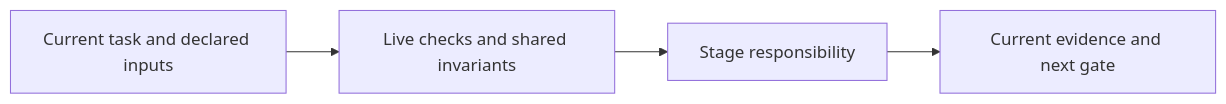
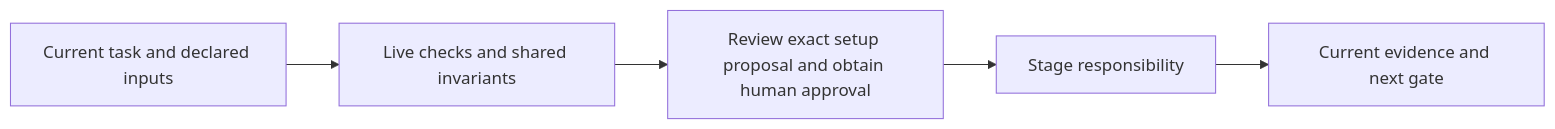
One commit to wgentil/devflow changed the diagram in skills/project-context/SKILL.md. Above: the diagram before and after it, drawn with Mermaid. The commit also changed other lines of this file and 10 other files, not shown here.

Commit message:
feat: surface governing approval proposals during setup

````diff
--- a/skills/project-context/SKILL.md
+++ b/skills/project-context/SKILL.md
@@ -14,6 +14,7 @@
 ```mermaid
 flowchart LR
     Scope[Current task and declared inputs] --> Checks[Live checks and shared invariants]
-    Checks --> Work[Stage responsibility]
+    Checks --> Proposal[Review exact setup proposal and obtain human approval]
+    Proposal --> Work[Stage responsibility]
     Work --> Evidence[Current evidence and next gate]
 ```
````
